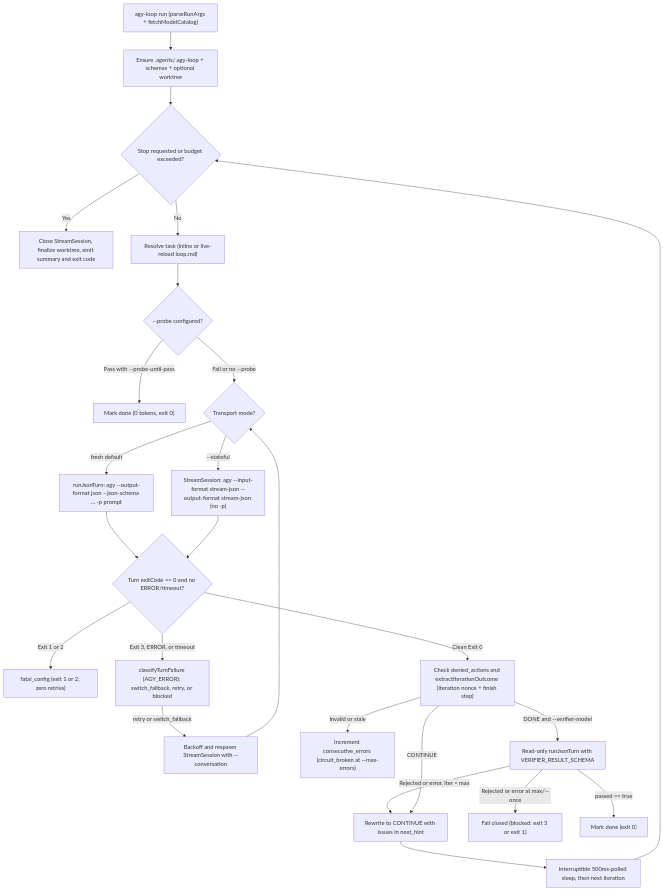
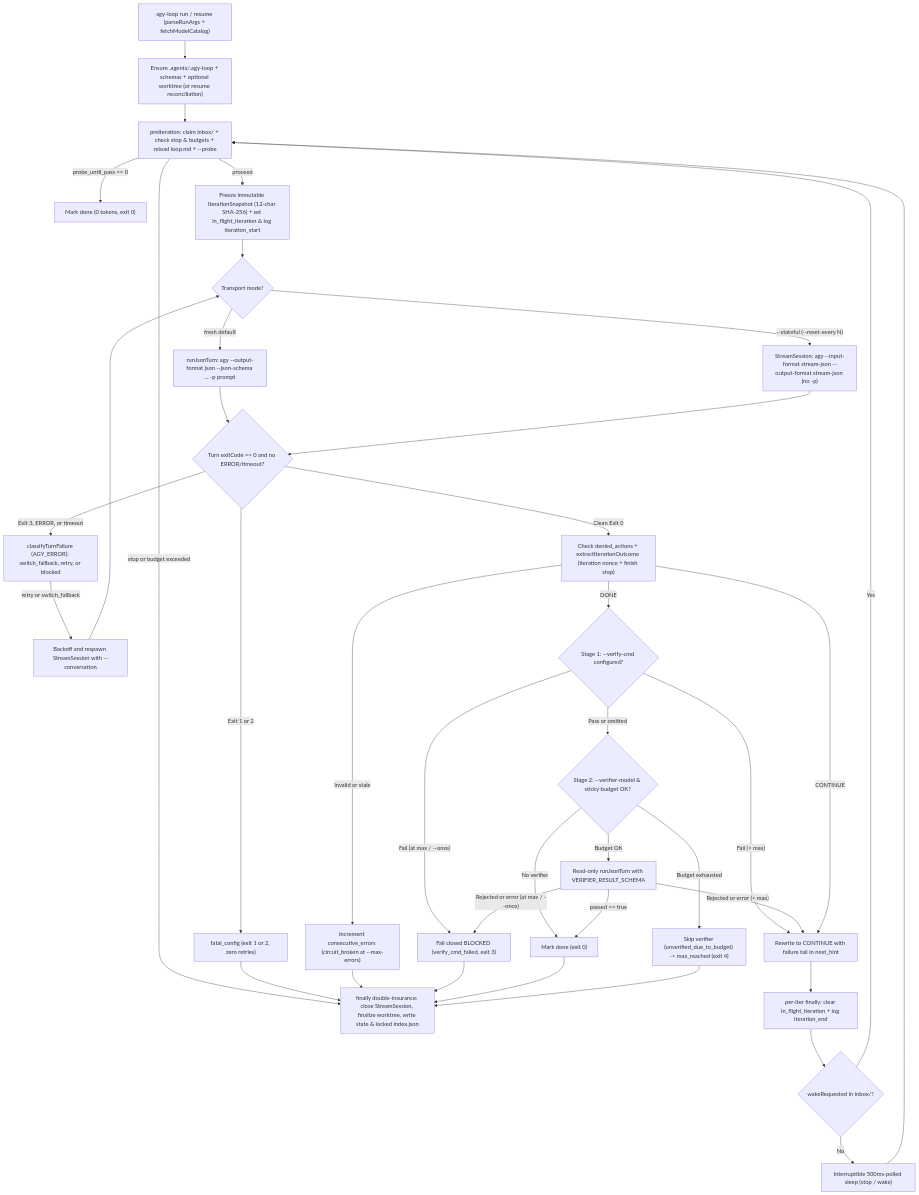
One commit to maxlee/agy-loop changed the fourth of 4 diagrams in ARCHITECTURE.md. Above: the diagram before and after it, drawn with Mermaid. The commit also changed other lines of this file and 21 other files, not shown here.

Commit message:
feat: 发布 v1.3.0（run_workflow 动态工作流引擎、独立 loop-verifier 与状态一致性升级）

````diff
--- a/ARCHITECTURE.md
+++ b/ARCHITECTURE.md
@@ -264,26 +314,35 @@
 ```mermaid
 flowchart TD
-  Start["agy-loop run (parseRunArgs + fetchModelCatalog)"] --> Setup["Ensure .agents/.agy-loop + schemas + optional worktree"]
-  Setup --> BudgetStop{"Stop requested or budget exceeded?"}
-  BudgetStop -->|Yes| Finalize["Close StreamSession, finalize worktree, emit summary and exit code"]
-  BudgetStop -->|No| TaskRes["Resolve task (inline or live-reload loop.md)"]
-  TaskRes --> ProbeCheck{"--probe configured?"}
-  ProbeCheck -->|Pass with --probe-until-pass| DoneZero["Mark done (0 tokens, exit 0)"]
-  ProbeCheck -->|Fail or no --probe| ModeCheck{"Transport mode?"}
-  ModeCheck -->|fresh default| JsonTurn["runJsonTurn: agy --output-format json --json-schema ... -p prompt"]
-  ModeCheck -->|--stateful| StreamTurn["StreamSession: agy --input-format stream-json --output-format stream-json (no -p)"]
+  Start["agy-loop run / resume (parseRunArgs + fetchModelCatalog)"] --> Setup["Ensure .agents/.agy-loop + schemas + optional worktree (or resume reconciliation)"]
+  Setup --> PreIter["preIteration: claim inbox/ + check stop & budgets + reload loop.md + --probe"]
+  PreIter -->|"probe_until_pass == 0"| DoneZero["Mark done (0 tokens, exit 0)"]
+  PreIter -->|"stop or budget exceeded"| Finalize["finally double-insurance: close StreamSession, finalize worktree, write state & locked index.json"]
+  PreIter -->|"proceed"| Freeze["Freeze immutable IterationSnapshot (12-char SHA-256) + set in_flight_iteration & log iteration_start"]
+  Freeze --> ModeCheck{"Transport mode?"}
+  ModeCheck -->|"fresh default"| JsonTurn["runJsonTurn: agy --output-format json --json-schema ... -p prompt"]
+  ModeCheck -->|"--stateful (--reset-every N)"| StreamTurn["StreamSession: agy --input-format stream-json --output-format stream-json (no -p)"]
   JsonTurn & StreamTurn --> ExitCheck{"Turn exitCode == 0 and no ERROR/timeout?"}
-  ExitCheck -->|Exit 1 or 2| FatalFail["fatal_config (exit 1 or 2, zero retries)"]
-  ExitCheck -->|Exit 3, ERROR, or timeout| Policy["classifyTurnFailure (AGY_ERROR): switch_fallback, retry, or blocked"]
-  Policy -->|retry or switch_fallback| Respawn["Backoff and respawn StreamSession with --conversation"]
+  ExitCheck -->|"Exit 1 or 2"| FatalFail["fatal_config (exit 1 or 2, zero retries)"]
+  ExitCheck -->|"Exit 3, ERROR, or timeout"| Policy["classifyTurnFailure (AGY_ERROR): switch_fallback, retry, or blocked"]
+  Policy -->|"retry or switch_fallback"| Respawn["Backoff and respawn StreamSession with --conversation"]
   Respawn --> ModeCheck
-  ExitCheck -->|Clean Exit 0| Audit["Check denied_actions and extractIterationOutcome (iteration nonce + finish step)"]
-  Audit -->|Invalid or stale| CircuitCheck["Increment consecutive_errors (circuit_broken at --max-errors)"]
-  Audit -->|DONE and --verifier-model| Verifier["Read-only runJsonTurn with VERIFIER_RESULT_SCHEMA"]
-  Verifier -->|Rejected or error, iter < max| ContinueLoop["Rewrite to CONTINUE with issues in next_hint"]
-  Verifier -->|Rejected or error at max/--once| FailClosed["Fail closed (blocked: exit 3 or exit 1)"]
-  Verifier -->|passed == true| DoneExit["Mark done (exit 0)"]
-  Audit -->|CONTINUE| ContinueLoop
-  ContinueLoop --> Sleep["Interruptible 500ms-polled sleep, then next iteration"]
-  Sleep --> BudgetStop
+  ExitCheck -->|"Clean Exit 0"| Audit["Check denied_actions + extractIterationOutcome (iteration nonce + finish step)"]
+  Audit -->|"Invalid or stale"| CircuitCheck["Increment consecutive_errors (circuit_broken at --max-errors)"]
+  Audit -->|"DONE"| Gate1{"Stage 1: --verify-cmd configured?"}
+  Gate1 -->|"Fail (< max)"| ContinueLoop["Rewrite to CONTINUE with failure tail in next_hint"]
+  Gate1 -->|"Fail (at max / --once)"| FailClosed["Fail closed BLOCKED (verify_cmd_failed, exit 3)"]
+  Gate1 -->|"Pass or omitted"| StickyCheck{"Stage 2: --verifier-model & sticky budget OK?"}
+  StickyCheck -->|"Budget exhausted"| StickyMax["Skip verifier (unverified_due_to_budget) -> max_reached (exit 4)"]
+  StickyCheck -->|"Budget OK"| Verifier["Read-only runJsonTurn with VERIFIER_RESULT_SCHEMA"]
+  StickyCheck -->|"No verifier"| DoneExit["Mark done (exit 0)"]
+  Verifier -->|"Rejected or error (< max)"| ContinueLoop
+  Verifier -->|"Rejected or error (at max / --once)"| FailClosed
+  Verifier -->|"passed == true"| DoneExit
+  Audit -->|"CONTINUE"| ContinueLoop
+  ContinueLoop --> IterEnd["per-iter finally: clear in_flight_iteration + log iteration_end"]
+  IterEnd --> WakeCheck{"wakeRequested in inbox/?"}
+  WakeCheck -->|"Yes"| PreIter
+  WakeCheck -->|"No"| Sleep["Interruptible 500ms-polled sleep (stop / wake)"]
+  Sleep --> PreIter
+  FatalFail & CircuitCheck & FailClosed & DoneExit & StickyMax --> Finalize
 ```
````
